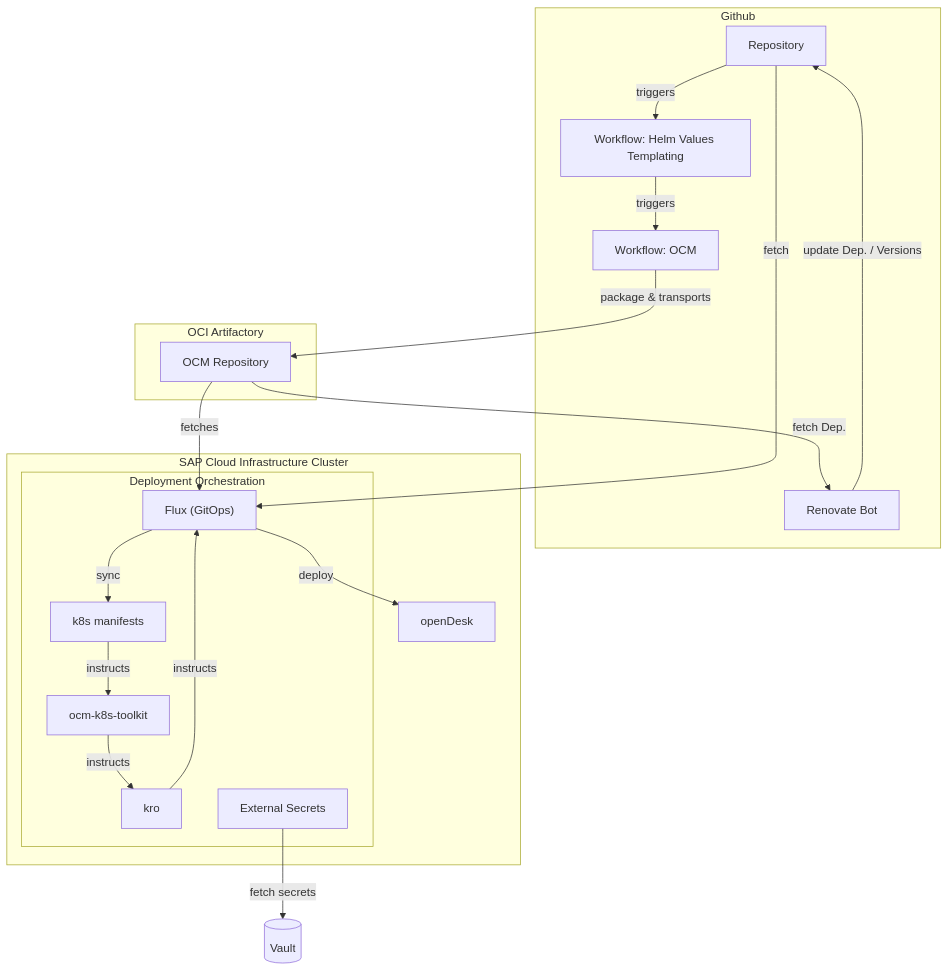
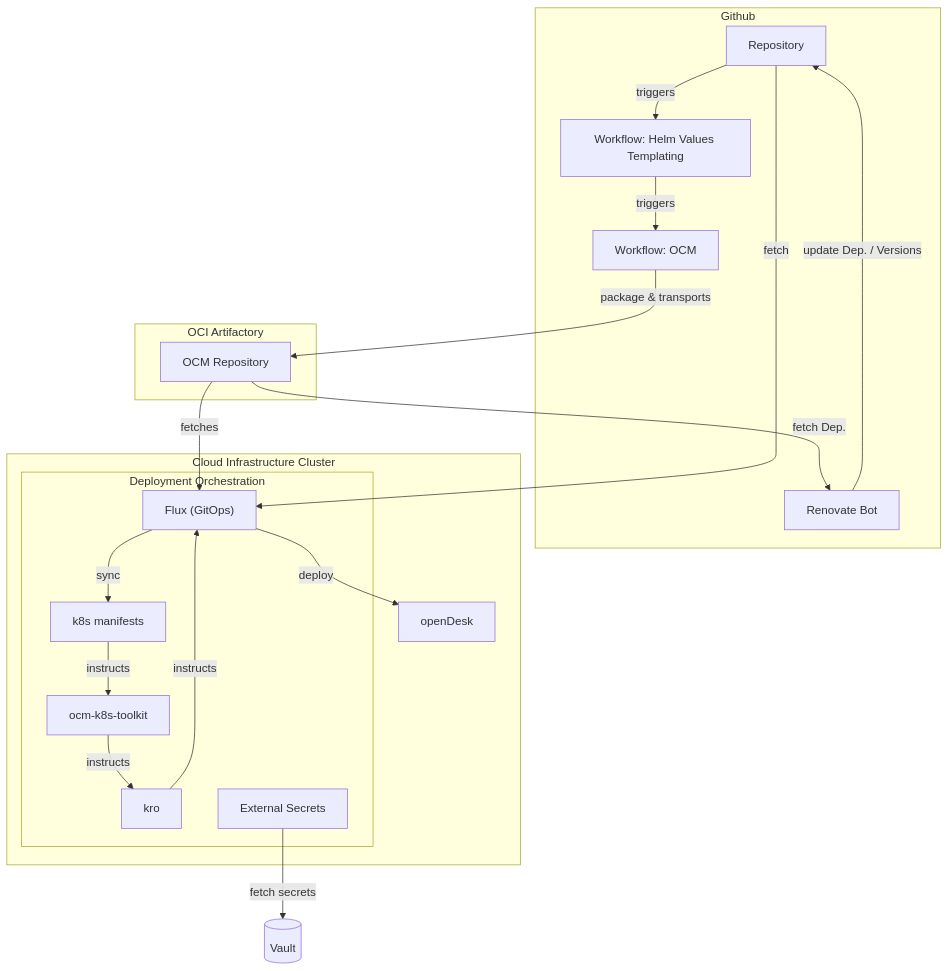
Before and after one commit to platform-mesh/samples-opendesk-ocm-k8s-toolkit: the first of 6 diagrams in README.md, drawn with Mermaid. The commit also changed other lines of this file, not shown here.

````diff
--- a/README.md
+++ b/README.md
@@ -49,41 +49,41 @@
 ```mermaid
 
 flowchart TB
     subgraph Github["Github"]
         Github_Stack["Repository"]   
         Renovate_Stack["Renovate Bot"]     
         Github_Workflow["Workflow: OCM"]
         Github_Workflow_Helm["Workflow: Helm Values Templating"]
     end
 
     subgraph Hyperspace["OCI Artifactory"]
         ghcr.io["OCM Repository"]
     end
 
-    subgraph GardenerShoot["SAP Cloud Infrastructure Cluster"]
+    subgraph GardenerShoot["Cloud Infrastructure Cluster"]
         subgraph k8sOrchestration["`Deployment Orchestration`"]
             Flux["Flux (GitOps)"]
             ocm-k8s-toolkit["ocm-k8s-toolkit"]
             kro["kro"]
             ExtSecrets["External Secrets"]
             Manifests["k8s manifests"]
         end
         Shoot["openDesk"]
     end
 
     Github_Stack --> |triggers| Github_Workflow_Helm
     Github_Workflow_Helm --> | triggers| Github_Workflow
     Github_Workflow --> | package & transports | ghcr.io
     ghcr.io --> | fetch Dep. | Renovate_Stack
     Renovate_Stack --> | update Dep. / Versions | Github_Stack
     ghcr.io --> | fetches | Flux
     
     Flux --> |sync| Manifests
     Github_Stack --> |fetch| Flux
     
     Flux --> |deploy| Shoot
     Manifests --> |instructs| ocm-k8s-toolkit
     ocm-k8s-toolkit --> |instructs|kro
     kro --> |instructs| Flux
     ExtSecrets --> |fetch secrets| Vault[(Vault)]
 ```
````
